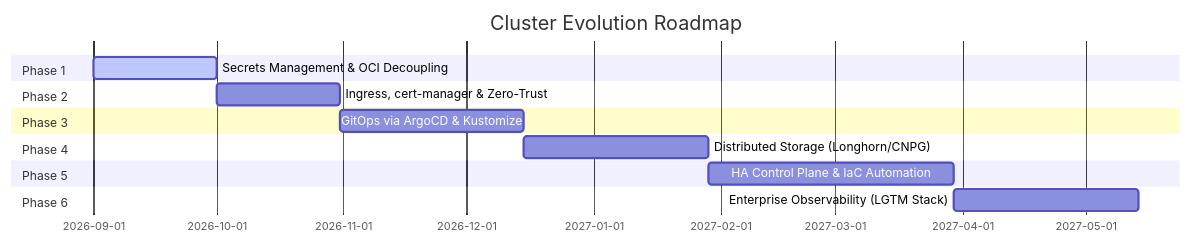
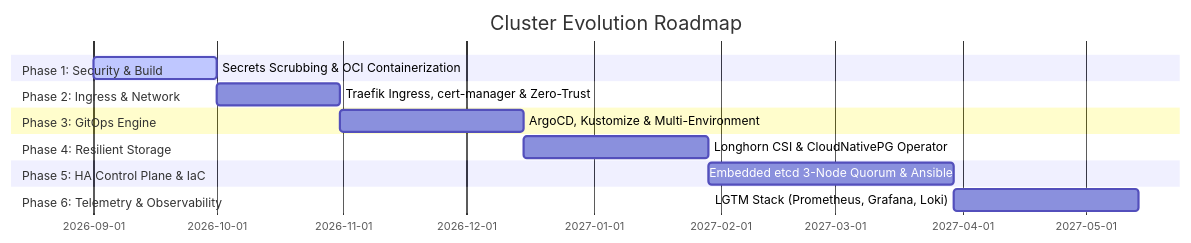
The diagram in ROADMAP.md (Ri4ards2006/full-stack-cluster), drawn with Mermaid before and after one commit. The commit also changed other lines of this file, not shown here.

Commit message:
docs(roadmap): update milestone status for phase 1 foundation tasks

````diff
--- a/ROADMAP.md
+++ b/ROADMAP.md
@@ -10,17 +7,17 @@
 ```mermaid
 gantt
     title Cluster Evolution Roadmap
     dateFormat  YYYY-MM-DD
-    section Phase 1
-    Secrets Management & OCI Decoupling :active, p1, 2026-09-01, 30d
-    section Phase 2
-    Ingress, cert-manager & Zero-Trust  :p2, after p1, 30d
-    section Phase 3
-    GitOps via ArgoCD & Kustomize       :p3, after p2, 45d
-    section Phase 4
-    Distributed Storage (Longhorn/CNPG) :p4, after p3, 45d
-    section Phase 5
-    HA Control Plane & IaC Automation   :p5, after p4, 60d
-    section Phase 6
-    Enterprise Observability (LGTM Stack):p6, after p5, 45d
+    section Phase 1: Security & Build
+    Secrets Scrubbing & OCI Containerization :active, p1, 2026-09-01, 30d
+    section Phase 2: Ingress & Network
+    Traefik Ingress, cert-manager & Zero-Trust :p2, after p1, 30d
+    section Phase 3: GitOps Engine
+    ArgoCD, Kustomize & Multi-Environment   :p3, after p2, 45d
+    section Phase 4: Resilient Storage
+    Longhorn CSI & CloudNativePG Operator    :p4, after p3, 45d
+    section Phase 5: HA Control Plane & IaC
+    Embedded etcd 3-Node Quorum & Ansible    :p5, after p4, 60d
+    section Phase 6: Telemetry & Observability
+    LGTM Stack (Prometheus, Grafana, Loki)   :p6, after p5, 45d
 ```
````
